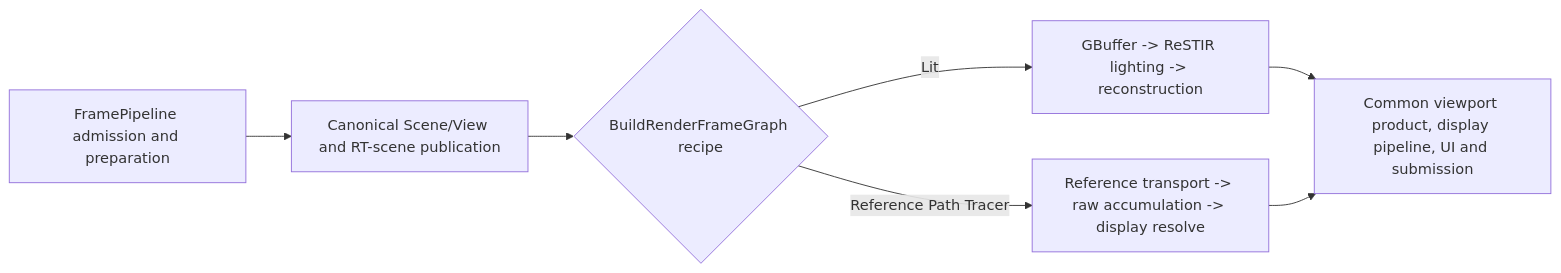
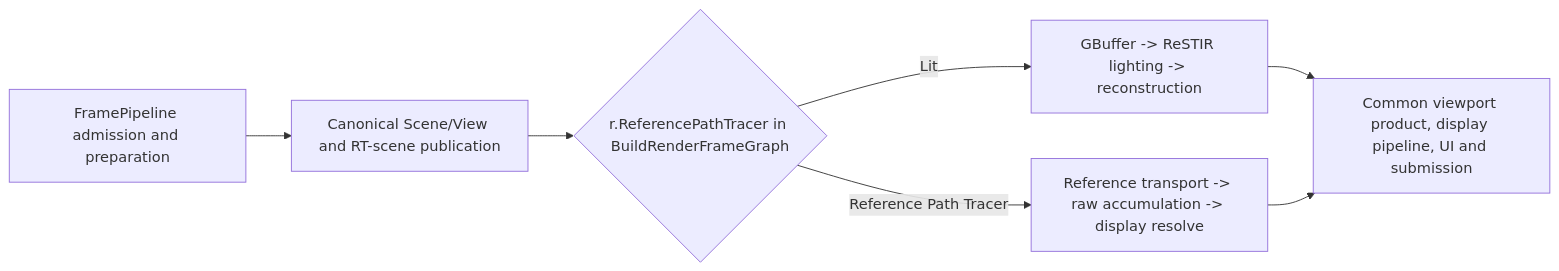
One commit to stoleckipawel/SparkleEngine changed the second of 3 diagrams in Docs/Architecture/Modules/Engine/Renderer/Features/Lighting/ReferencePathTracer/ExecutionArchitecture.md. Above: the diagram before and after it, drawn with Mermaid. The commit also changed other lines of this file and 100 other files, not shown here.

````diff
--- a/Docs/Architecture/Modules/Engine/Renderer/Features/Lighting/ReferencePathTracer/ExecutionArchitecture.md
+++ b/Docs/Architecture/Modules/Engine/Renderer/Features/Lighting/ReferencePathTracer/ExecutionArchitecture.md
@@ -131,9 +131,9 @@
 ```mermaid
 flowchart LR
     Admit[FramePipeline admission and preparation] --> Scene[Canonical Scene/View and RT-scene publication]
-    Scene --> Select{BuildRenderFrameGraph recipe}
+    Scene --> Select{r.ReferencePathTracer in BuildRenderFrameGraph}
     Select -->|Lit| Lit[GBuffer -> ReSTIR lighting -> reconstruction]
     Select -->|Reference Path Tracer| RPT[Reference transport -> raw accumulation -> display resolve]
     Lit --> Present[Common viewport product, display pipeline, UI and submission]
     RPT --> Present
 ```
````
